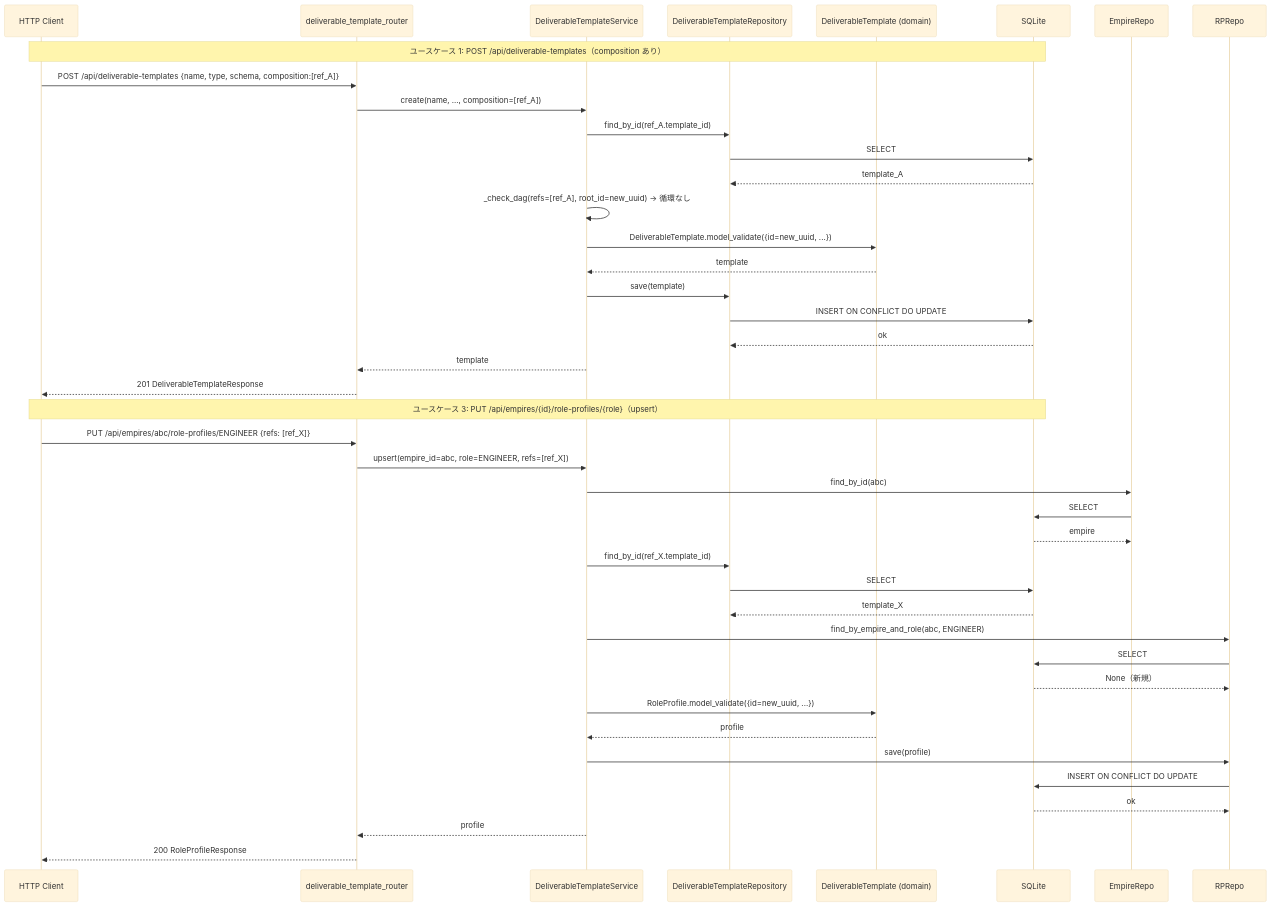
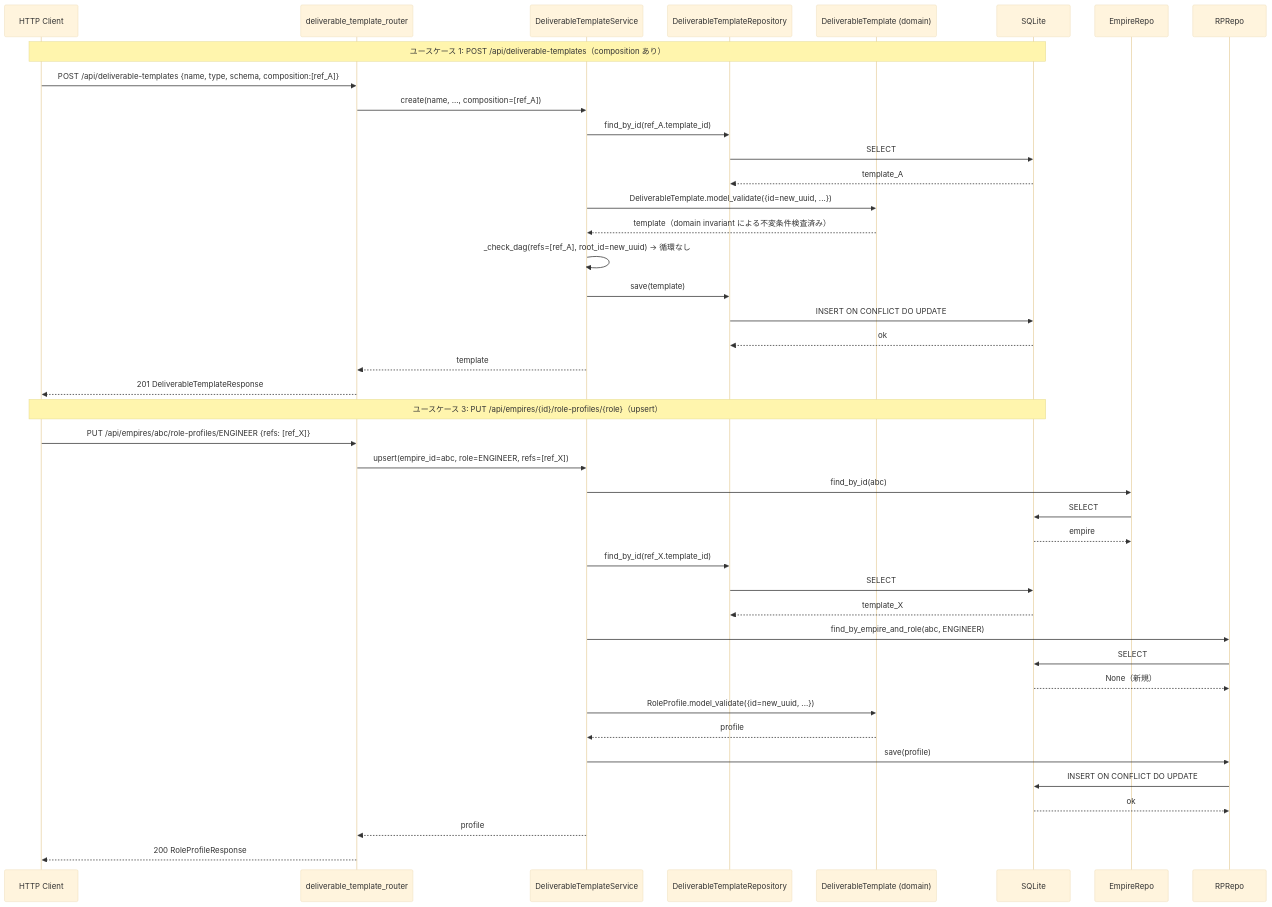
Before and after one commit to bakufu-dev/bakufu: the second of 3 diagrams in docs/features/deliverable-template/http-api/basic-design.md, drawn with Mermaid (base theme). The commit also changed other lines of this file and 1 other file, not shown here.

First line of the commit message:
docs(deliverable-template/http-api): ヘルスバーグ指摘1対応 - updateフロー/シーケンス図/node_countセマンティクス修正

````diff
--- a/docs/features/deliverable-template/http-api/basic-design.md
+++ b/docs/features/deliverable-template/http-api/basic-design.md
@@ -336,46 +335,46 @@
 ```mermaid
 sequenceDiagram
     participant Client as HTTP Client
     participant Router as deliverable_template_router
     participant Service as DeliverableTemplateService
     participant DTRepo as DeliverableTemplateRepository
     participant Domain as DeliverableTemplate (domain)
     participant DB as SQLite
 
     Note over Client,DB: ユースケース 1: POST /api/deliverable-templates（composition あり）
 
     Client->>Router: POST /api/deliverable-templates {name, type, schema, composition:[ref_A]}
     Router->>Service: create(name, ..., composition=[ref_A])
     Service->>DTRepo: find_by_id(ref_A.template_id)
     DTRepo->>DB: SELECT
     DB-->>DTRepo: template_A
+    Service->>Domain: DeliverableTemplate.model_validate({id=new_uuid, ...})
+    Domain-->>Service: template（domain invariant による不変条件検査済み）
     Service->>Service: _check_dag(refs=[ref_A], root_id=new_uuid) → 循環なし
-    Service->>Domain: DeliverableTemplate.model_validate({id=new_uuid, ...})
-    Domain-->>Service: template
     Service->>DTRepo: save(template)
     DTRepo->>DB: INSERT ON CONFLICT DO UPDATE
     DB-->>DTRepo: ok
     Service-->>Router: template
     Router-->>Client: 201 DeliverableTemplateResponse
 
     Note over Client,DB: ユースケース 3: PUT /api/empires/{id}/role-profiles/{role}（upsert）
 
     Client->>Router: PUT /api/empires/abc/role-profiles/ENGINEER {refs: [ref_X]}
     Router->>Service: upsert(empire_id=abc, role=ENGINEER, refs=[ref_X])
     Service->>EmpireRepo: find_by_id(abc)
     EmpireRepo->>DB: SELECT
     DB-->>EmpireRepo: empire
     Service->>DTRepo: find_by_id(ref_X.template_id)
     DTRepo->>DB: SELECT
     DB-->>DTRepo: template_X
     Service->>RPRepo: find_by_empire_and_role(abc, ENGINEER)
     RPRepo->>DB: SELECT
     DB-->>RPRepo: None（新規）
     Service->>Domain: RoleProfile.model_validate({id=new_uuid, ...})
     Domain-->>Service: profile
     Service->>RPRepo: save(profile)
     RPRepo->>DB: INSERT ON CONFLICT DO UPDATE
     DB-->>RPRepo: ok
     Service-->>Router: profile
     Router-->>Client: 200 RoleProfileResponse
 ```
````
